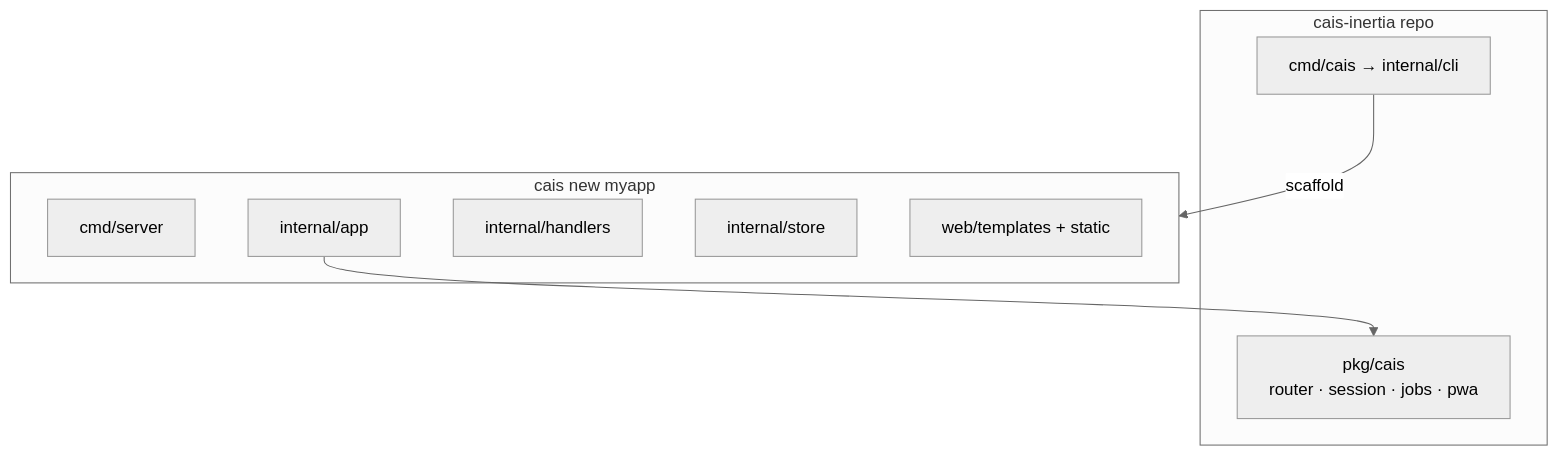
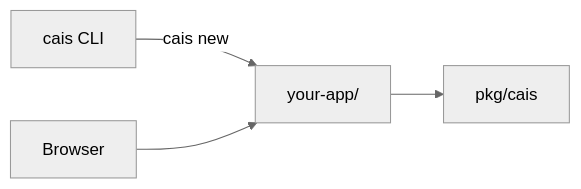
Before and after one commit to puppe1990/cais-inertia: the diagram in README.md, drawn with Mermaid (neutral theme). The commit also changed other lines of this file, not shown here.

First line of the commit message:
Update README for framework-only repo

````diff
--- a/README.md
+++ b/README.md
@@ -84,18 +50,6 @@
 ```mermaid
-flowchart TB
-  subgraph repo["cais-inertia repo"]
-    CaisCLI["cmd/cais → internal/cli"]
-    Framework["pkg/cais<br/>router · session · jobs · pwa"]
-  end
-
-  subgraph generated["cais new myapp"]
-    Server["cmd/server"]
-    App["internal/app"]
-    Handlers["internal/handlers"]
-    Store["internal/store"]
-    Web["web/templates + static"]
-  end
-
-  CaisCLI -->|scaffold| generated
-  App --> Framework
+flowchart LR
+  CLI["cais CLI"] -->|cais new| App["your-app/"]
+  App --> FW["pkg/cais"]
+  Browser --> App
 ```
````
